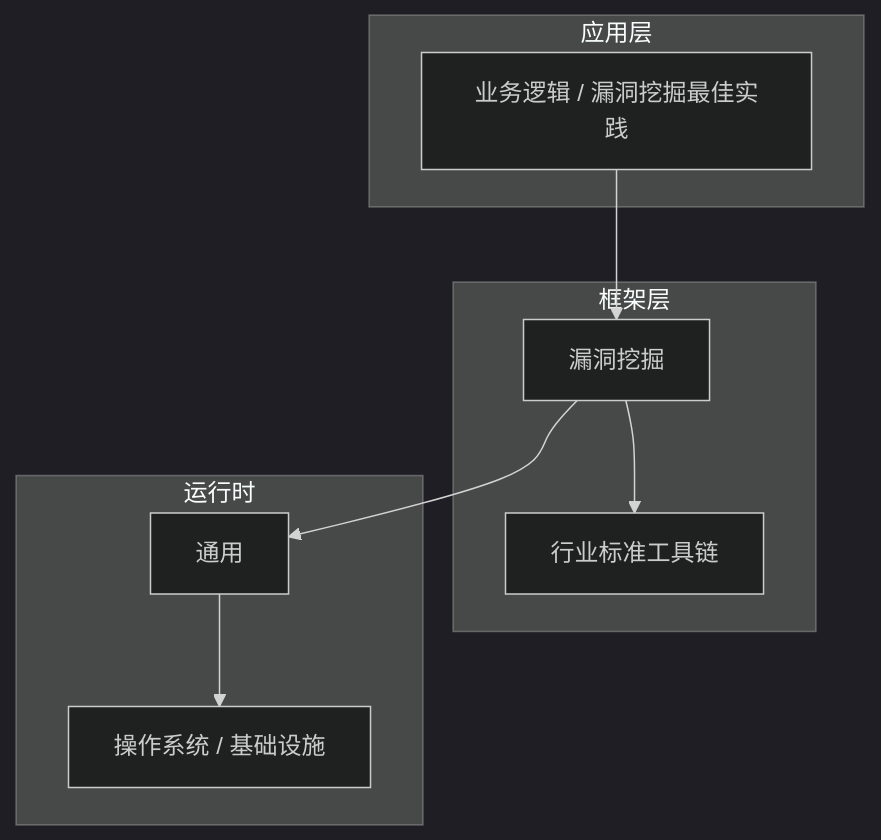
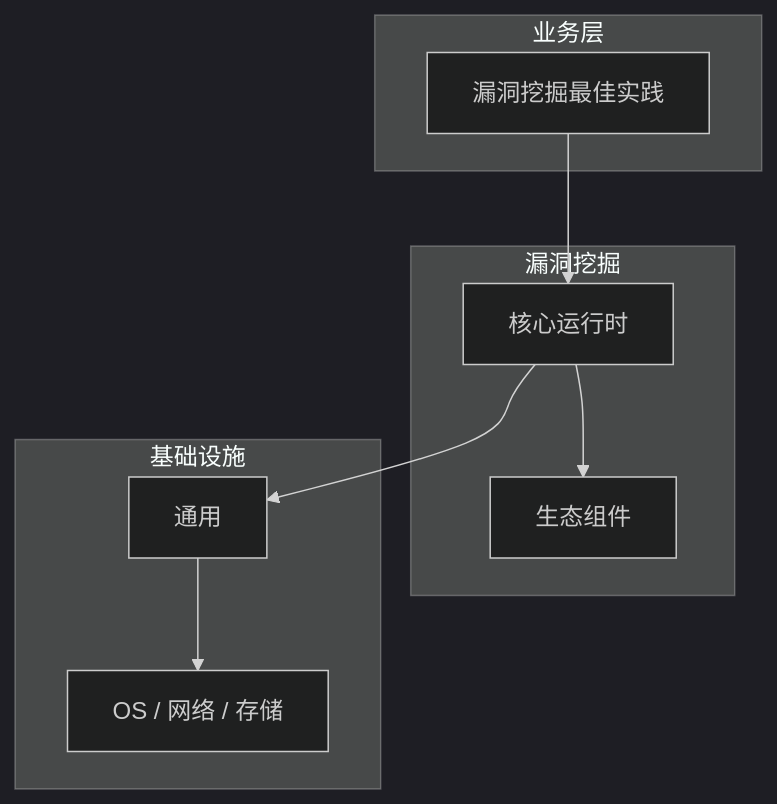
Before and after one commit to yanggan2015/knowledge-json-v2: the diagram in articles/漏洞挖掘/chapters/056-安全缺陷分析最佳实践核心概念与原理.md, drawn with Mermaid (dark theme). The commit also changed other lines of this file and 10127 other files, not shown here.

````diff
--- a/articles/漏洞挖掘/chapters/056-安全缺陷分析最佳实践核心概念与原理.md
+++ b/articles/漏洞挖掘/chapters/056-安全缺陷分析最佳实践核心概念与原理.md
@@ -46,18 +35,18 @@
 ```mermaid
 graph TB
-    subgraph 应用层
-        A[业务逻辑 / 漏洞挖掘最佳实践]
+    subgraph 业务层
+        A[漏洞挖掘最佳实践]
     end
-    subgraph 框架层
-        B[漏洞挖掘]
-        C[行业标准工具链]
+    subgraph 漏洞挖掘
+        B[核心运行时]
+        C[生态组件]
     end
-    subgraph 运行时
+    subgraph 基础设施
         D[通用]
-        E[操作系统 / 基础设施]
+        E[OS / 网络 / 存储]
     end
     A --> B
     B --> C
     B --> D
     D --> E
 ```
````
